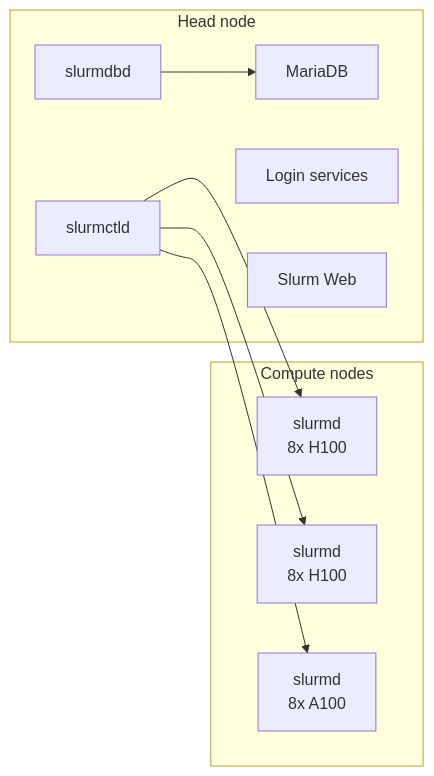
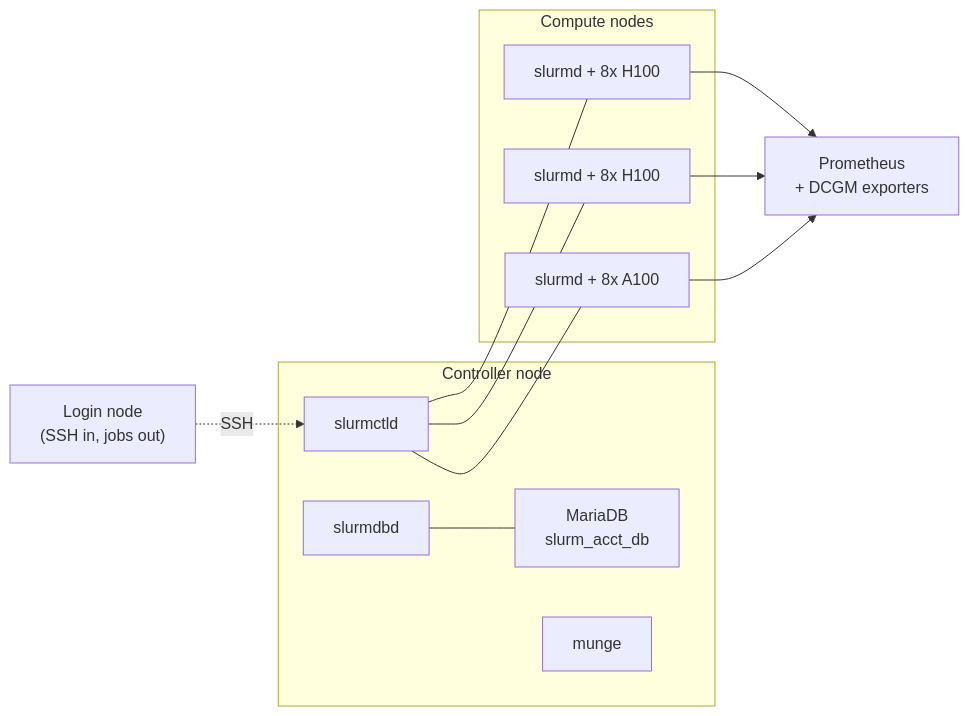
Before and after one commit to jithinpnjm/ai-infra-handbook: the first of 2 diagrams in docs/part-19-capstone/01-capstone-a-slurm-gpu-cluster.md, drawn with Mermaid. The commit also changed other lines of this file and 6 other files, not shown here.

````diff
--- a/docs/part-19-capstone/01-capstone-a-slurm-gpu-cluster.md
+++ b/docs/part-19-capstone/01-capstone-a-slurm-gpu-cluster.md
@@ -81,21 +74,24 @@
 ```mermaid
 flowchart LR
-    subgraph Head["Head node"]
-        CTLD[slurmctld]
-        DBD[slurmdbd]
-        DB[MariaDB]
-        LOG[Login services]
-        WEB[Slurm Web]
+    subgraph Ctl["Controller node"]
+        CTLD["slurmctld"]
+        DBD["slurmdbd"]
+        DB["MariaDB<br/>slurm_acct_db"]
+        MUNGE["munge"]
     end
-
-    subgraph Compute["Compute nodes"]
-        N1[slurmd<br/>8x H100]
-        N2[slurmd<br/>8x H100]
-        N3[slurmd<br/>8x A100]
+    LOGIN["Login node<br/>(SSH in, jobs out)"]
+    subgraph Comp["Compute nodes"]
+        N1["slurmd + 8x H100"]
+        N2["slurmd + 8x H100"]
+        N3["slurmd + 8x A100"]
     end
-
-    CTLD --> N1
-    CTLD --> N2
-    CTLD --> N3
-    DBD --> DB
+    OBS["Prometheus<br/>+ DCGM exporters"]
+    CTLD --- N1
+    CTLD --- N2
+    CTLD --- N3
+    DBD --- DB
+    LOGIN -.->|SSH| CTLD
+    N1 --> OBS
+    N2 --> OBS
+    N3 --> OBS
 ```
````
